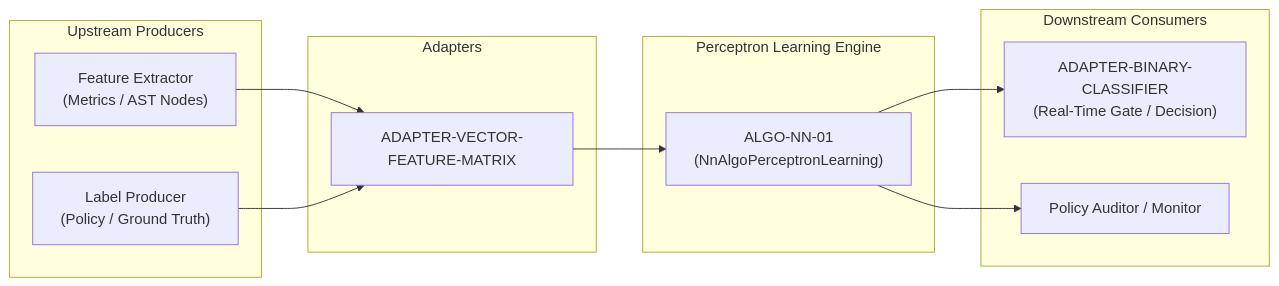
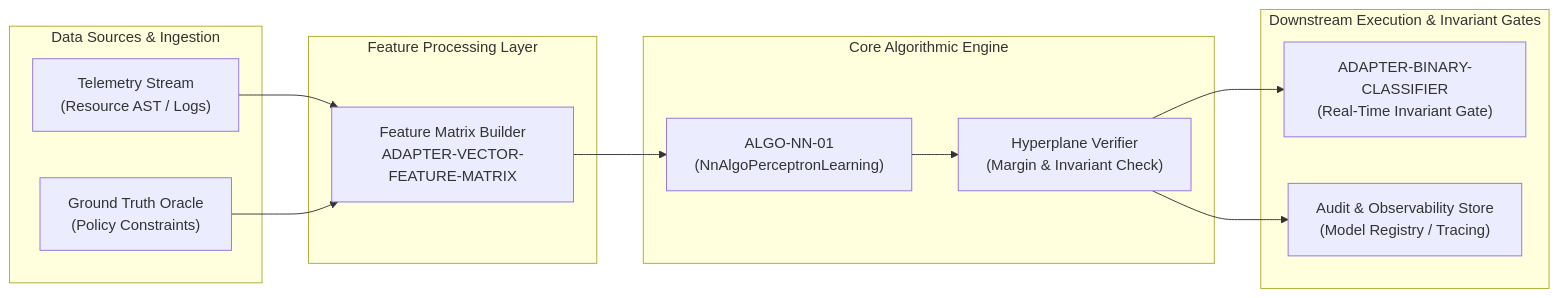
One commit to Chief-Strategist-J/policy-orchestrator changed the fourth of 4 diagrams in src/features/code_engine/algos/nn/perceptron_learning/README.md. Above: the diagram before and after it, drawn with Mermaid. The commit also changed other lines of this file, not shown here.

Commit message:
docs(perceptron_learning): refine mathematical definitions and add mermaid architectural diagrams

````diff
--- a/src/features/code_engine/algos/nn/perceptron_learning/README.md
+++ b/src/features/code_engine/algos/nn/perceptron_learning/README.md
@@ -265,26 +184,28 @@
 ```mermaid
 flowchart LR
-    subgraph Upstream ["Upstream Producers"]
-        Telemetry["Feature Extractor<br/>(Metrics / AST Nodes)"]
-        Labels["Label Producer<br/>(Policy / Ground Truth)"]
+    subgraph DataSources ["Data Sources & Ingestion"]
+        Metrics["Telemetry Stream<br/>(Resource AST / Logs)"]
+        Labels["Ground Truth Oracle<br/>(Policy Constraints)"]
     end
 
-    subgraph Adapters ["Adapters"]
-        A1["ADAPTER-VECTOR-FEATURE-MATRIX"]
+    subgraph FeatureAdapter ["Feature Processing Layer"]
+        Extractor["Feature Matrix Builder<br/>ADAPTER-VECTOR-FEATURE-MATRIX"]
     end
 
-    subgraph Algo ["Perceptron Learning Engine"]
-        Perceptron["ALGO-NN-01<br/>(NnAlgoPerceptronLearning)"]
+    subgraph Engine ["Core Algorithmic Engine"]
+        PerceptronEngine["ALGO-NN-01<br/>(NnAlgoPerceptronLearning)"]
+        Certifier["Hyperplane Verifier<br/>(Margin & Invariant Check)"]
     end
 
-    subgraph Downstream ["Downstream Consumers"]
-        Classifier["ADAPTER-BINARY-CLASSIFIER<br/>(Real-Time Gate / Decision)"]
-        Auditor["Policy Auditor / Monitor"]
+    subgraph RuntimeConsumers ["Downstream Execution & Invariant Gates"]
+        Gate["ADAPTER-BINARY-CLASSIFIER<br/>(Real-Time Invariant Gate)"]
+        AuditLog["Audit & Observability Store<br/>(Model Registry / Tracing)"]
     end
 
-    Telemetry --> A1
-    Labels --> A1
-    A1 --> Perceptron
-    Perceptron --> Classifier
-    Perceptron --> Auditor
+    Metrics --> Extractor
+    Labels --> Extractor
+    Extractor --> PerceptronEngine
+    PerceptronEngine --> Certifier
+    Certifier --> Gate
+    Certifier --> AuditLog
 ```
````
